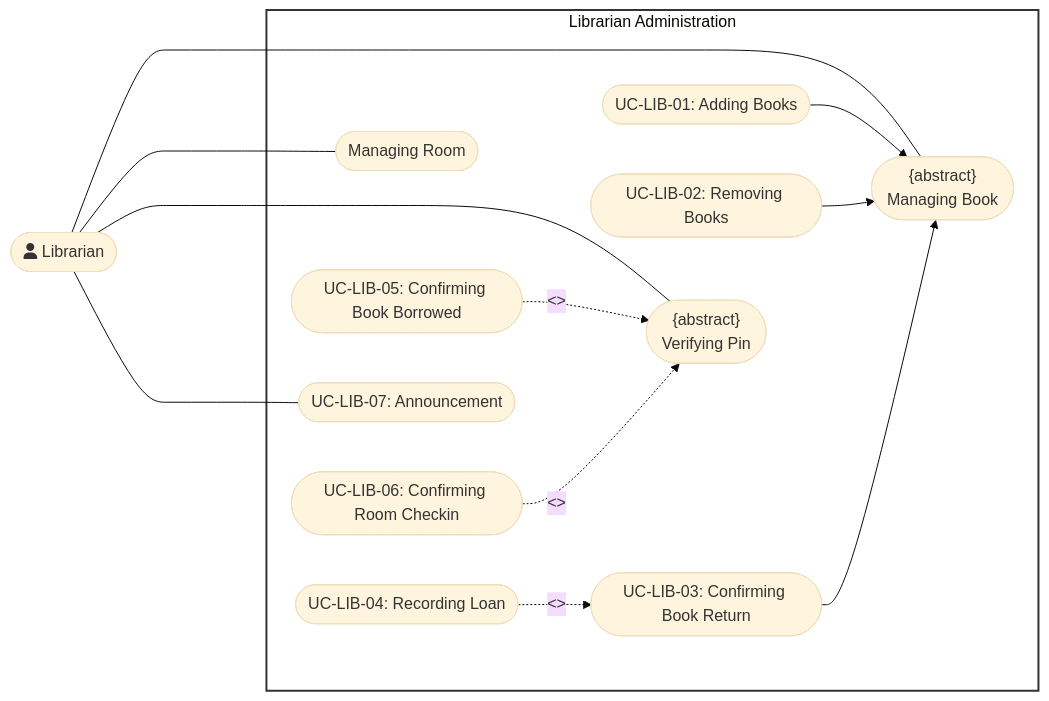
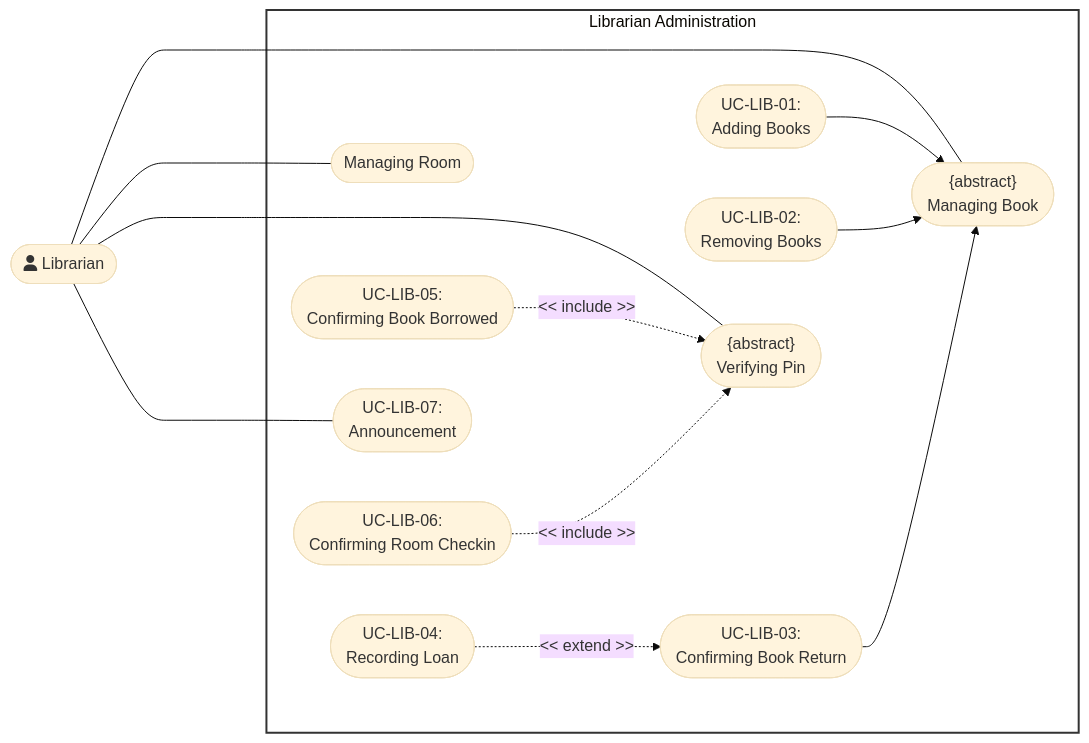
Before and after one commit to DuyNhat1705/AmeThyst-Library: the eighth of 9 diagrams in docs/management/PA3/Use-CaseDiagram.md, drawn with Mermaid (base theme). The commit also changed other lines of this file and 2 other files, not shown here.

Commit message:
update uc diagram

````diff
--- a/docs/management/PA3/Use-CaseDiagram.md
+++ b/docs/management/PA3/Use-CaseDiagram.md
@@ -331,29 +327,29 @@
 ```mermaid
 flowchart LR
  subgraph LibrarianAdministration["Librarian Administration"]
-        UC1(["{abstract}<br>Managing Book"])
-        UC2(["UC-LIB-01: Adding Books"])
-        UC3(["UC-LIB-02: Removing Books"])
-        UC4(["UC-LIB-03: Confirming Book Return"])
-        UC5(["UC-LIB-04: Recording Loan"])
-        UC6(["Managing Room"])
-        UC7(["{abstract}<br>Verifying Pin"])
-        UC8(["UC-LIB-05: Confirming Book Borrowed"])
-        UC9(["UC-LIB-06: Confirming Room Checkin"])
-        UC10(["UC-LIB-07: Announcement"])
+        UC1(["<center>{abstract}<br>Managing Book</center>"])
+        UC2(["<center>UC-LIB-01:<br>Adding Books</center>"])
+        UC3(["<center>UC-LIB-02:<br>Removing Books</center>"])
+        UC4(["<center>UC-LIB-03:<br>Confirming Book Return</center>"])
+        UC5(["<center>UC-LIB-04:<br>Recording Loan</center>"])
+        UC6(["<center>Managing Room</center>"])
+        UC7(["<center>{abstract}<br>Verifying Pin</center>"])
+        UC8(["<center>UC-LIB-05:<br>Confirming Book Borrowed</center>"])
+        UC9(["<center>UC-LIB-06:<br>Confirming Room Checkin</center>"])
+        UC10(["<center>UC-LIB-07:<br>Announcement</center>"])
   end
-    Librarian(["fa:fa-user Librarian"]) ======= LibrarianAdministration
+    Librarian(["<center>fa:fa-user Librarian</center>"]) ======= LibrarianAdministration
     Librarian --- UC1 & UC6 & UC7 & UC10
     
     UC2 --> UC1
     UC3 --> UC1
     UC4 --> UC1
     
     %% Fixed: Changed from generalization (-->) to <<include>>
-    UC8 -. "<<include>>" .-> UC7
-    UC9 -. "<<include>>" .-> UC7
-    UC5 -. "<<extend>>" .-> UC4
+    UC8 -. "<< include >>" .-> UC7
+    UC9 -. "<< include >>" .-> UC7
+    UC5 -. "<< extend >>" .-> UC4
 
     style LibrarianAdministration fill:#fff,stroke:#333,stroke-width:2px
     linkStyle 0 stroke:transparent
 ```
````
